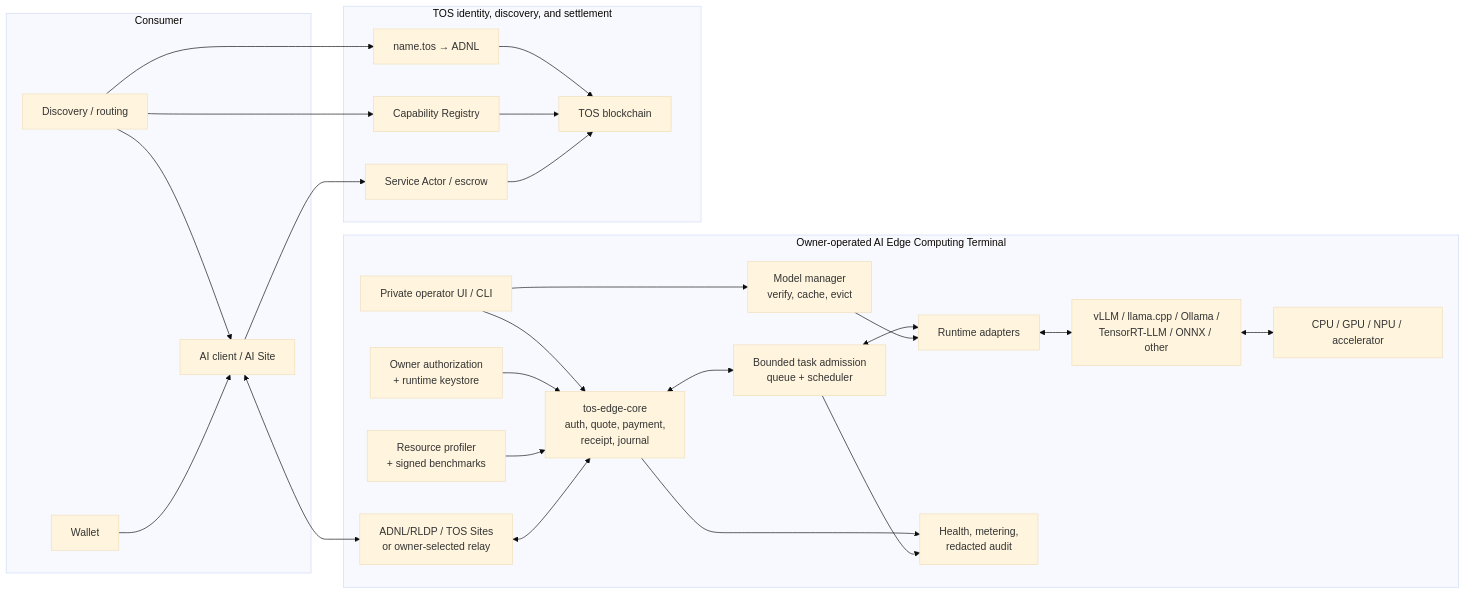
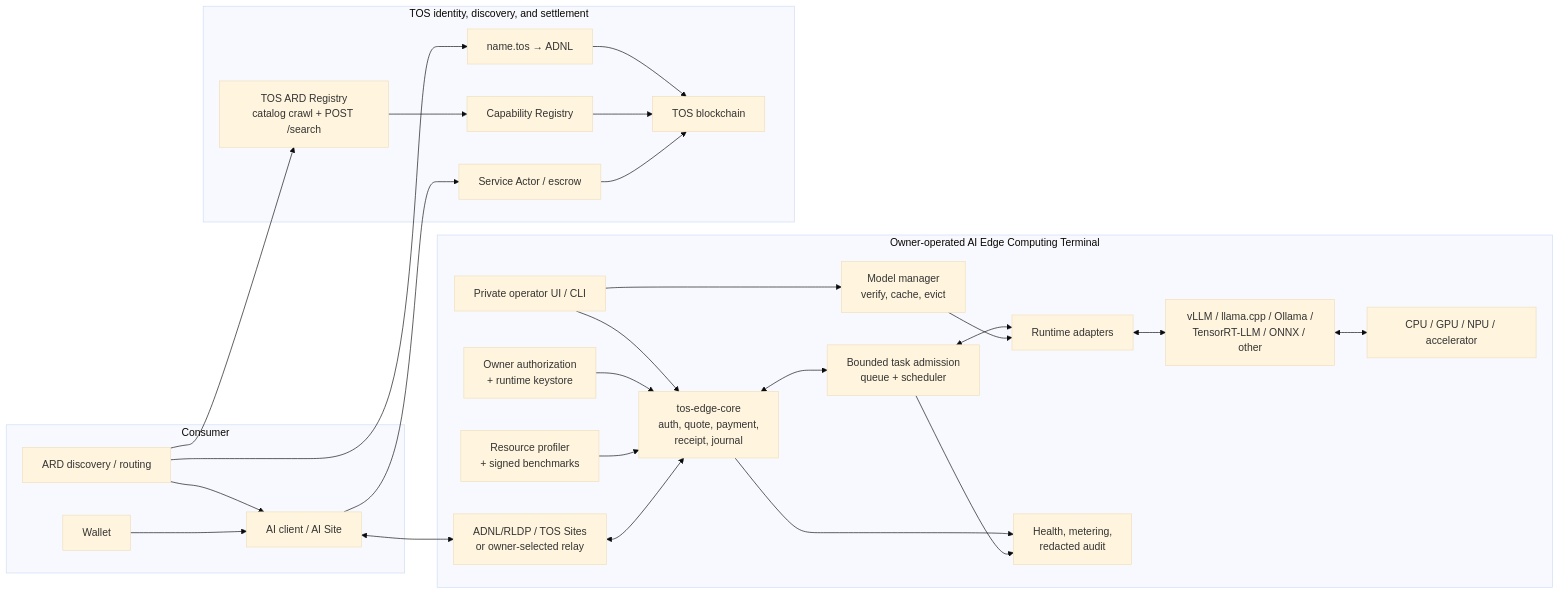
The diagram in doc/ai-edge-computing-terminal-architecture.md (tosnetwork/tos), drawn with Mermaid (base theme) before and after one commit. The commit also changed other lines of this file and 21 other files, not shown here.

````diff
--- a/doc/ai-edge-computing-terminal-architecture.md
+++ b/doc/ai-edge-computing-terminal-architecture.md
@@ -133,52 +142,54 @@
 ```mermaid
 flowchart LR
     subgraph Terminal["Owner-operated AI Edge Computing Terminal"]
         Admin["Private operator UI / CLI"]
         Keys["Owner authorization<br/>+ runtime keystore"]
         Profiler["Resource profiler<br/>+ signed benchmarks"]
         Core["tos-edge-core<br/>auth, quote, payment,<br/>receipt, journal"]
         Admission["Bounded task admission<br/>queue + scheduler"]
         Models["Model manager<br/>verify, cache, evict"]
         Adapters["Runtime adapters"]
         Runtime["vLLM / llama.cpp / Ollama /<br/>TensorRT-LLM / ONNX / other"]
         Hardware["CPU / GPU / NPU / accelerator"]
         Observe["Health, metering,<br/>redacted audit"]
         Ingress["ADNL/RLDP / TOS Sites<br/>or owner-selected relay"]
 
         Admin --> Core
         Admin --> Models
         Keys --> Core
         Profiler --> Core
         Ingress <--> Core
         Core <--> Admission
         Admission <--> Adapters
         Models --> Adapters
         Adapters <--> Runtime
         Runtime <--> Hardware
         Core --> Observe
         Admission --> Observe
     end
 
     subgraph TOS["TOS identity, discovery, and settlement"]
         DNS["name.tos → ADNL"]
         Registry["Capability Registry"]
+        ARD["TOS ARD Registry<br/>catalog crawl + POST /search"]
         Settlement["Service Actor / escrow"]
         Chain["TOS blockchain"]
         DNS --> Chain
         Registry --> Chain
+        ARD --> Registry
         Settlement --> Chain
     end
 
     subgraph Consumer["Consumer"]
-        Discovery["Discovery / routing"]
+        Discovery["ARD discovery / routing"]
         Client["AI client / AI Site"]
         Wallet["Wallet"]
         Discovery --> Client
         Wallet --> Client
     end
 
+    Discovery --> ARD
     Discovery --> DNS
-    Discovery --> Registry
     Client <--> Ingress
     Client --> Settlement
 ```
````
